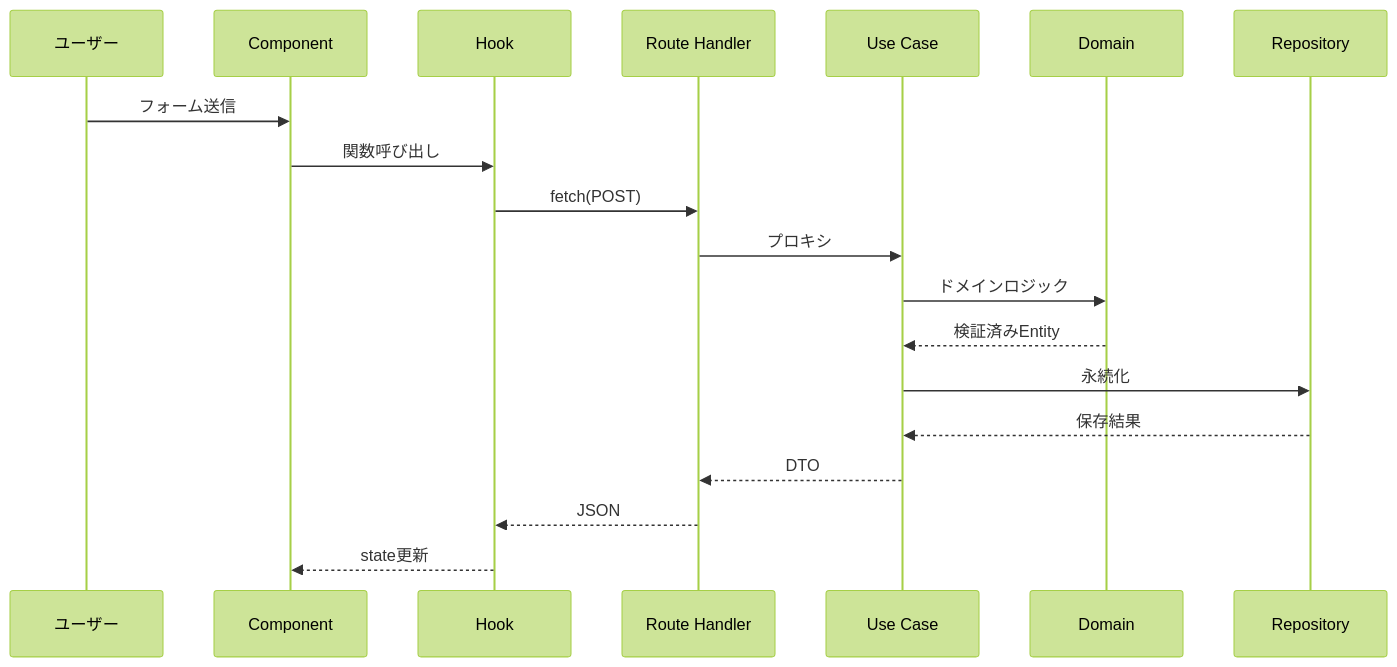
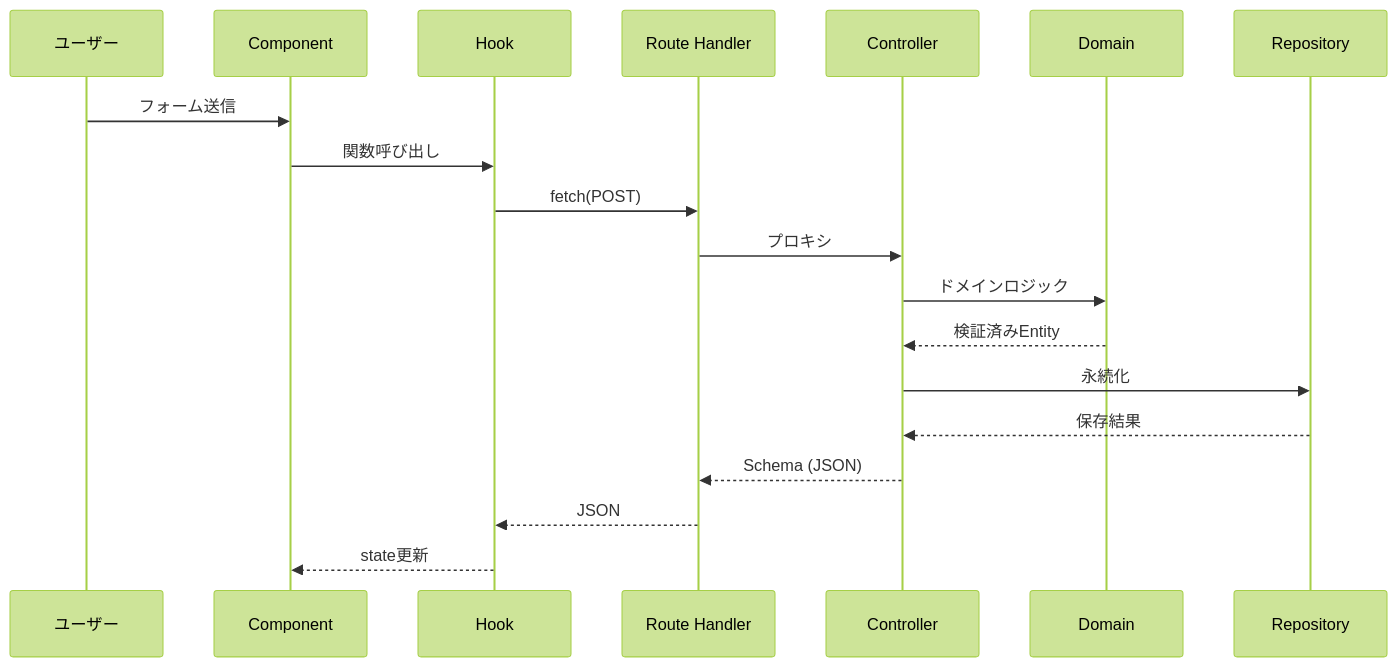
Before and after one commit to ryota197/ai-trade-pj: the seventh of 9 diagrams in docs/poc/service-architecture.md, drawn with Mermaid (forest theme). The commit also changed other lines of this file and 44 other files, not shown here.

````diff
--- a/docs/poc/service-architecture.md
+++ b/docs/poc/service-architecture.md
@@ -271,22 +348,22 @@
 ```mermaid
 sequenceDiagram
     participant User as ユーザー
     participant C as Component
     participant H as Hook
-    participant R as Route Handler
-    participant U as Use Case
+    participant BFF as Route Handler
+    participant Ctrl as Controller
     participant D as Domain
     participant Repo as Repository
 
     User->>C: フォーム送信
     C->>H: 関数呼び出し
-    H->>R: fetch(POST)
-    R->>U: プロキシ
-    U->>D: ドメインロジック
-    D-->>U: 検証済みEntity
-    U->>Repo: 永続化
-    Repo-->>U: 保存結果
-    U-->>R: DTO
-    R-->>H: JSON
+    H->>BFF: fetch(POST)
+    BFF->>Ctrl: プロキシ
+    Ctrl->>D: ドメインロジック
+    D-->>Ctrl: 検証済みEntity
+    Ctrl->>Repo: 永続化
+    Repo-->>Ctrl: 保存結果
+    Ctrl-->>BFF: Schema (JSON)
+    BFF-->>H: JSON
     H-->>C: state更新
 ```
````
